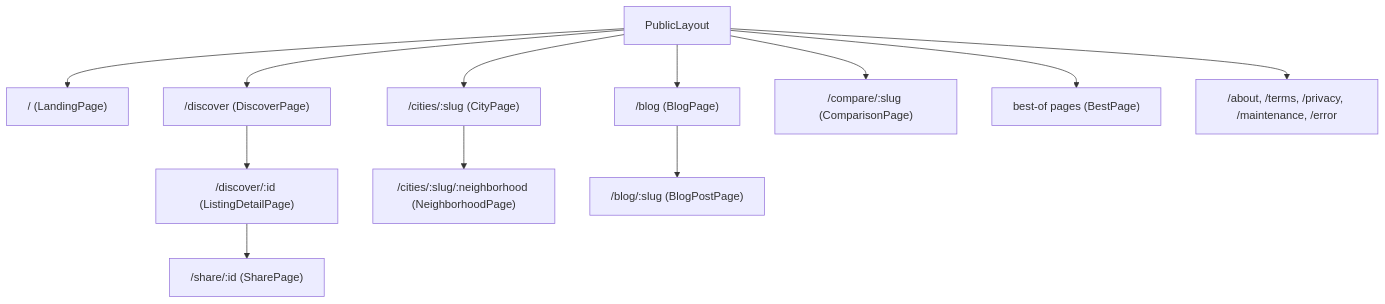
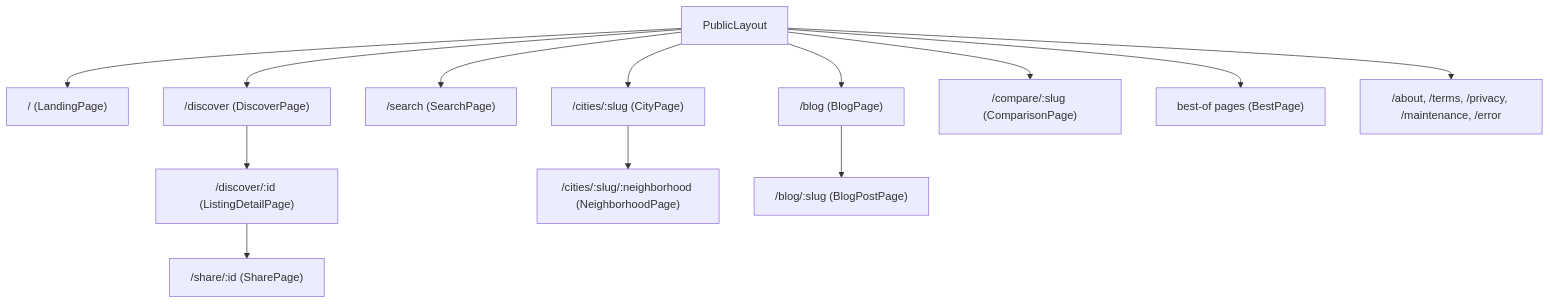
The diagram in .wiki/features/discover.md (360ghar/360-flatmates-web), drawn with Mermaid before and after one commit. The commit also changed other lines of this file, not shown here.

Commit message:
docs(wiki): list /search as a public route in the discover tree

````diff
--- a/.wiki/features/discover.md
+++ b/.wiki/features/discover.md
@@ -11,14 +11,15 @@
 ```mermaid
 graph TD
     L["PublicLayout"] --> L0["/ (LandingPage)"]
     L --> D["/discover (DiscoverPage)"]
     D --> D1["/discover/:id (ListingDetailPage)"]
     D1 --> S["/share/:id (SharePage)"]
+    L --> SR["/search (SearchPage)"]
     L --> C["/cities/:slug (CityPage)"]
     C --> N["/cities/:slug/:neighborhood (NeighborhoodPage)"]
     L --> B["/blog (BlogPage)"]
     B --> BP["/blog/:slug (BlogPostPage)"]
     L --> CP["/compare/:slug (ComparisonPage)"]
     L --> BE["best-of pages (BestPage)"]
     L --> A["/about, /terms, /privacy, /maintenance, /error"]
 ```
````
